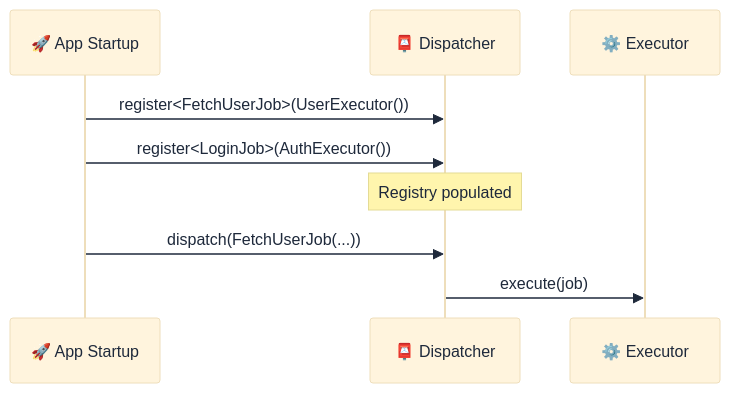
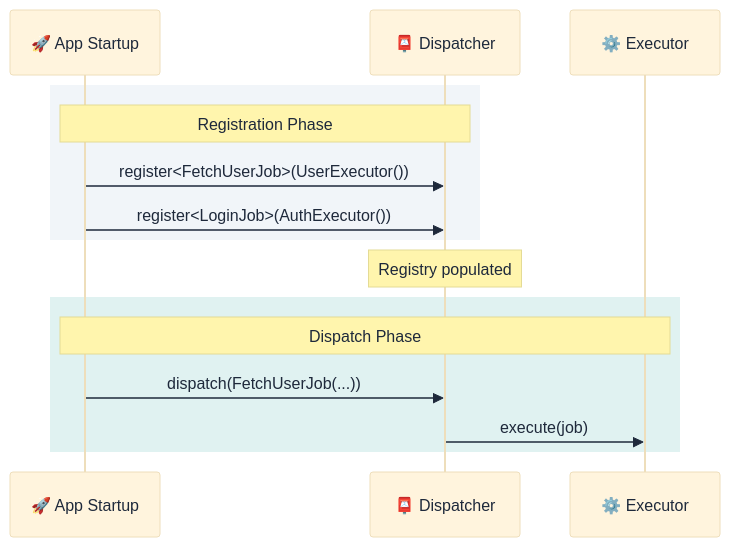
One commit to lploc94/flutter_orchestrator changed the fourth of 13 diagrams in book/chapters/03_core_implementation.md. Above: the diagram before and after it, drawn with Mermaid. The commit also changed other lines of this file and 1 other file, not shown here.

Commit message:
docs(book): add theme styling to class/state diagrams in Ch3
Fixed missing colors in classDiagram, stateDiagram, and added rect blocks to sequenceDiagram

````diff
--- a/book/chapters/03_core_implementation.md
+++ b/book/chapters/03_core_implementation.md
@@ -116,15 +118,21 @@
 ```mermaid
 %%{init: {'theme': 'base', 'themeVariables': { 'primaryTextColor': '#1e293b', 'noteTextColor': '#1e293b', 'actorTextColor': '#1e293b' }}}%%
 sequenceDiagram
     participant App as 🚀 App Startup
     participant Disp as 📮 Dispatcher
     participant Exec as ⚙️ Executor
     
-    App->>Disp: register<FetchUserJob>(UserExecutor())
-    App->>Disp: register<LoginJob>(AuthExecutor())
+    rect rgb(241, 245, 249)
+        Note over App,Disp: Registration Phase
+        App->>Disp: register<FetchUserJob>(UserExecutor())
+        App->>Disp: register<LoginJob>(AuthExecutor())
+    end
     
     Note over Disp: Registry populated
     
-    App->>Disp: dispatch(FetchUserJob(...))
-    Disp->>Exec: execute(job)
+    rect rgb(224, 242, 241)
+        Note over App,Exec: Dispatch Phase
+        App->>Disp: dispatch(FetchUserJob(...))
+        Disp->>Exec: execute(job)
+    end
 ```
````
